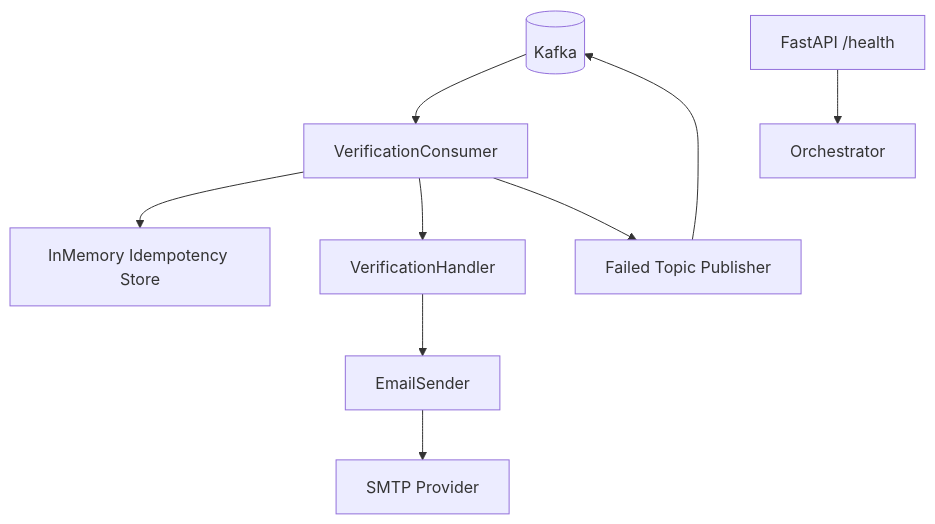
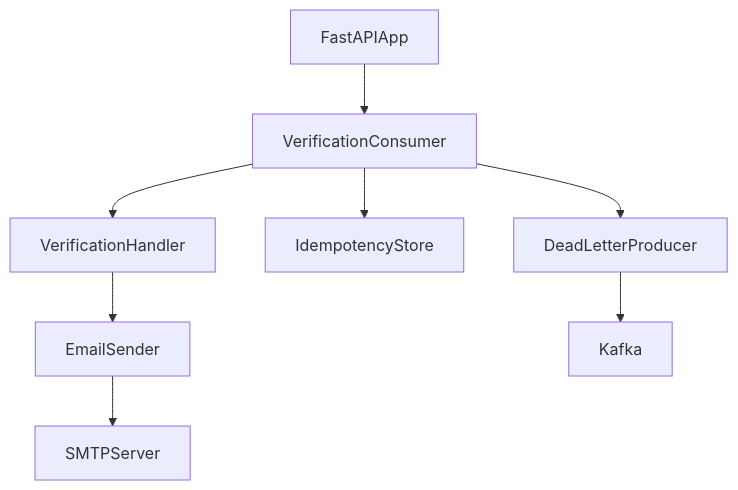
One commit to Estifanos58/AI-Learning-Platform changed the second of 3 diagrams in notification-service/README.md. Above: the diagram before and after it, drawn with Mermaid. The commit also changed other lines of this file, not shown here.

````diff
--- a/notification-service/README.md
+++ b/notification-service/README.md
@@ -66,11 +79,10 @@
 ```mermaid
 graph TD
-    Kafka[(Kafka)] --> Consumer[VerificationConsumer]
-    Consumer --> Idempotency[InMemory Idempotency Store]
-    Consumer --> Handler[VerificationHandler]
-    Handler --> Sender[EmailSender]
-    Sender --> SMTP[SMTP Provider]
-    Consumer --> DLT[Failed Topic Publisher]
-    DLT --> Kafka
-    Health[FastAPI /health] --> Ops[Orchestrator]
+    FastAPIApp --> VerificationConsumer
+    VerificationConsumer --> VerificationHandler
+    VerificationHandler --> EmailSender
+    EmailSender --> SMTPServer
+    VerificationConsumer --> IdempotencyStore
+    VerificationConsumer --> DeadLetterProducer
+    DeadLetterProducer --> Kafka
 ```
````
